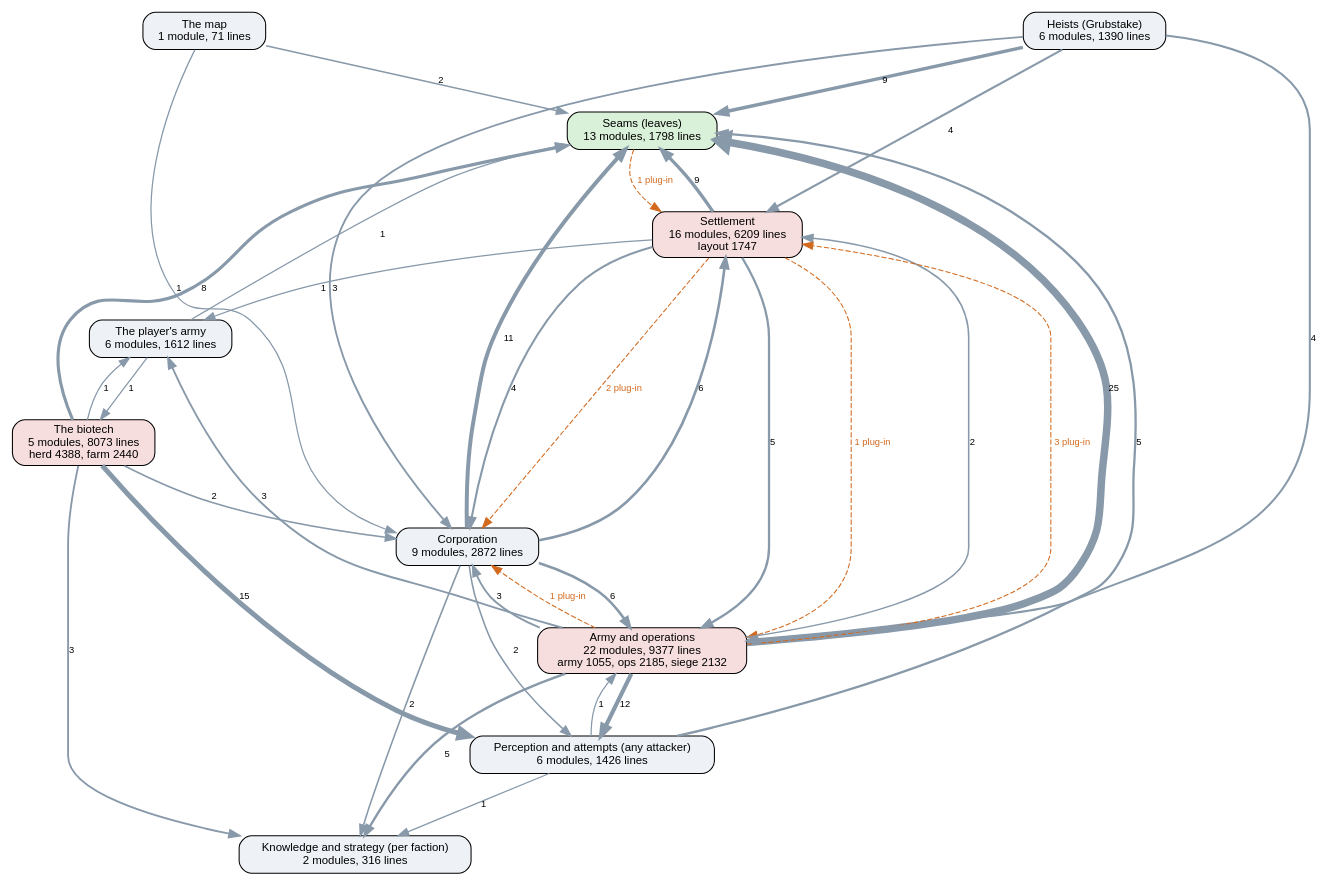
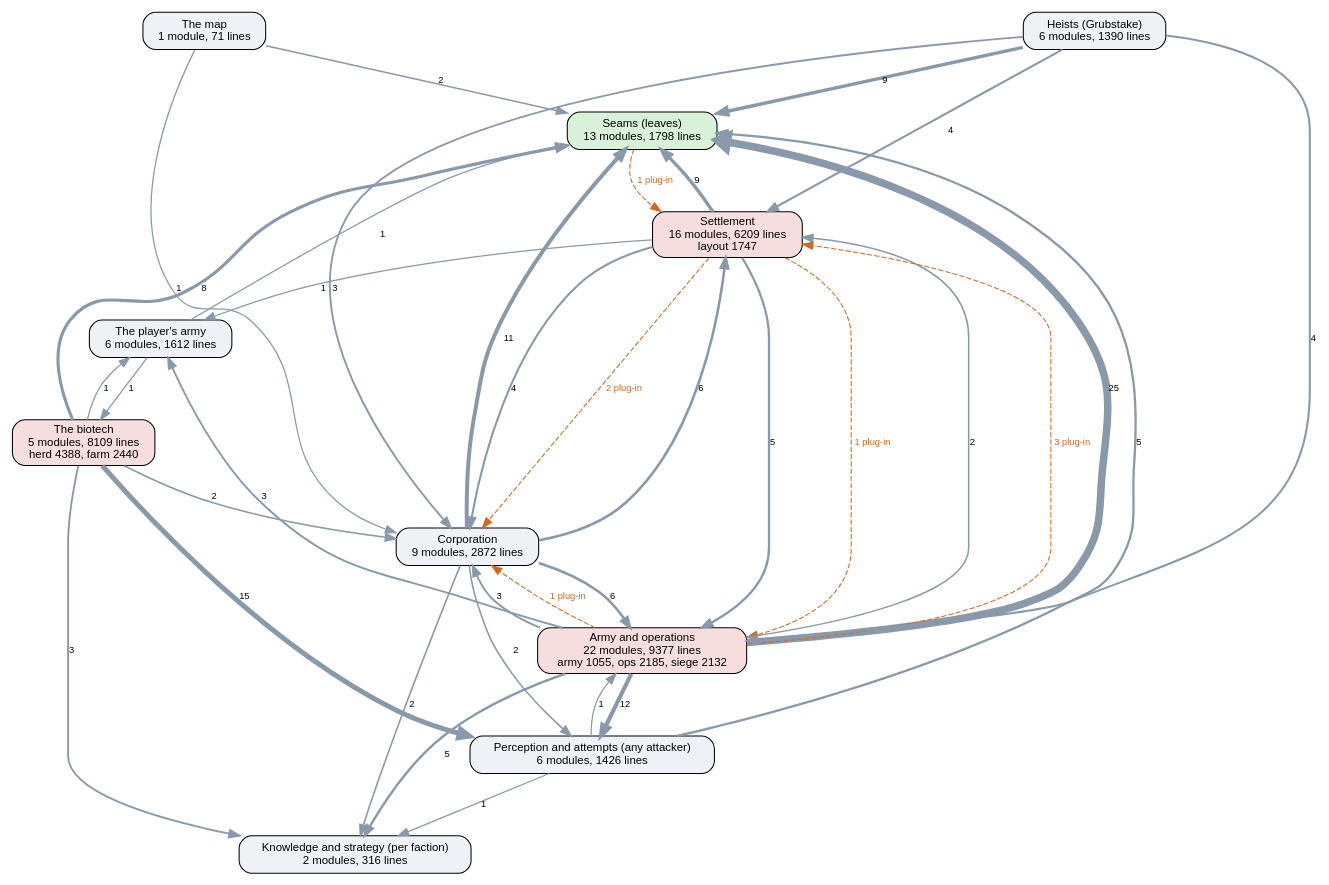
One commit to kinelhu/landing-party changed the diagram in docs/ai-layers.dot. Above: the diagram before and after it, drawn with Graphviz. The commit also changed 20 other files, not shown here.

```diff
--- a/docs/ai-layers.dot
+++ b/docs/ai-layers.dot
@@ -1,51 +1,51 @@
 digraph layers {
   graph [rankdir=TB, fontname="Helvetica", nodesep=0.5, ranksep=0.7];
   node [shape=box, style="rounded,filled", fontname="Helvetica", fontsize=11, fillcolor="#eef2f7"];
   edge [color="#8899aa", fontname="Helvetica", fontsize=9];
   "Seams (leaves)" [label="Seams (leaves)\n13 modules, 1798 lines", fillcolor="#d9f0d9"];
   "Perception and attempts (any attacker)" [label="Perception and attempts (any attacker)\n6 modules, 1426 lines", fillcolor="#eef2f7"];
   "Knowledge and strategy (per faction)" [label="Knowledge and strategy (per faction)\n2 modules, 316 lines", fillcolor="#eef2f7"];
   "Corporation" [label="Corporation\n9 modules, 2872 lines", fillcolor="#eef2f7"];
   "Settlement" [label="Settlement\n16 modules, 6209 lines\nlayout 1747", fillcolor="#f7dede"];
   "Army and operations" [label="Army and operations\n22 modules, 9377 lines\narmy 1055, ops 2185, siege 2132", fillcolor="#f7dede"];
   "Heists (Grubstake)" [label="Heists (Grubstake)\n6 modules, 1390 lines", fillcolor="#eef2f7"];
-  "The biotech" [label="The biotech\n5 modules, 8073 lines\nherd 4388, farm 2440", fillcolor="#f7dede"];
+  "The biotech" [label="The biotech\n5 modules, 8109 lines\nherd 4388, farm 2440", fillcolor="#f7dede"];
   "The map" [label="The map\n1 module, 71 lines", fillcolor="#eef2f7"];
   "The player's army" [label="The player's army\n6 modules, 1612 lines", fillcolor="#eef2f7"];
   "Army and operations" -> "Corporation" [label="3", penwidth=1.8];
   "Army and operations" -> "Knowledge and strategy (per faction)" [label="5", penwidth=2.2];
   "Army and operations" -> "Perception and attempts (any attacker)" [label="12", penwidth=4.0];
   "Army and operations" -> "Seams (leaves)" [label="25", penwidth=7.2];
   "Army and operations" -> "Settlement" [label="2", penwidth=1.5];
   "Army and operations" -> "The player's army" [label="3", penwidth=1.8];
   "Corporation" -> "Army and operations" [label="6", penwidth=2.5];
   "Corporation" -> "Knowledge and strategy (per faction)" [label="2", penwidth=1.5];
   "Corporation" -> "Perception and attempts (any attacker)" [label="2", penwidth=1.5];
   "Corporation" -> "Seams (leaves)" [label="11", penwidth=3.8];
   "Corporation" -> "Settlement" [label="6", penwidth=2.5];
   "Heists (Grubstake)" -> "Army and operations" [label="4", penwidth=2.0];
   "Heists (Grubstake)" -> "Corporation" [label="3", penwidth=1.8];
   "Heists (Grubstake)" -> "Seams (leaves)" [label="9", penwidth=3.2];
   "Heists (Grubstake)" -> "Settlement" [label="4", penwidth=2.0];
   "Perception and attempts (any attacker)" -> "Army and operations" [label="1", penwidth=1.2];
   "Perception and attempts (any attacker)" -> "Knowledge and strategy (per faction)" [label="1", penwidth=1.2];
   "Perception and attempts (any attacker)" -> "Seams (leaves)" [label="5", penwidth=2.2];
   "Settlement" -> "Army and operations" [label="5", penwidth=2.2];
   "Settlement" -> "Corporation" [label="4", penwidth=2.0];
   "Settlement" -> "Seams (leaves)" [label="9", penwidth=3.2];
   "Settlement" -> "The player's army" [label="1", penwidth=1.2];
   "The biotech" -> "Corporation" [label="2", penwidth=1.5];
   "The biotech" -> "Knowledge and strategy (per faction)" [label="3", penwidth=1.8];
   "The biotech" -> "Perception and attempts (any attacker)" [label="15", penwidth=4.8];
   "The biotech" -> "Seams (leaves)" [label="8", penwidth=3.0];
   "The biotech" -> "The player's army" [label="1", penwidth=1.2];
   "The map" -> "Corporation" [label="1", penwidth=1.2];
   "The map" -> "Seams (leaves)" [label="2", penwidth=1.5];
   "The player's army" -> "Seams (leaves)" [label="1", penwidth=1.2];
   "The player's army" -> "The biotech" [label="1", penwidth=1.2];
   "Army and operations" -> "Corporation" [style=dashed, color="#d2691e", fontcolor="#d2691e", label="1 plug-in"];
   "Army and operations" -> "Settlement" [style=dashed, color="#d2691e", fontcolor="#d2691e", label="3 plug-in"];
   "Seams (leaves)" -> "Settlement" [style=dashed, color="#d2691e", fontcolor="#d2691e", label="1 plug-in"];
   "Settlement" -> "Army and operations" [style=dashed, color="#d2691e", fontcolor="#d2691e", label="1 plug-in"];
   "Settlement" -> "Corporation" [style=dashed, color="#d2691e", fontcolor="#d2691e", label="2 plug-in"];
 }
```
